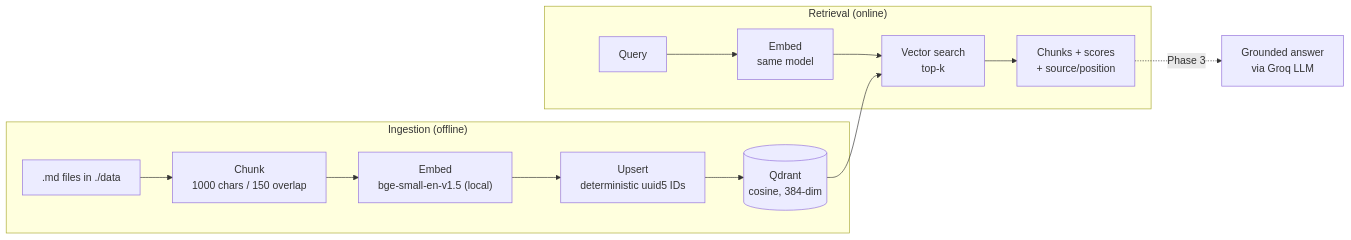
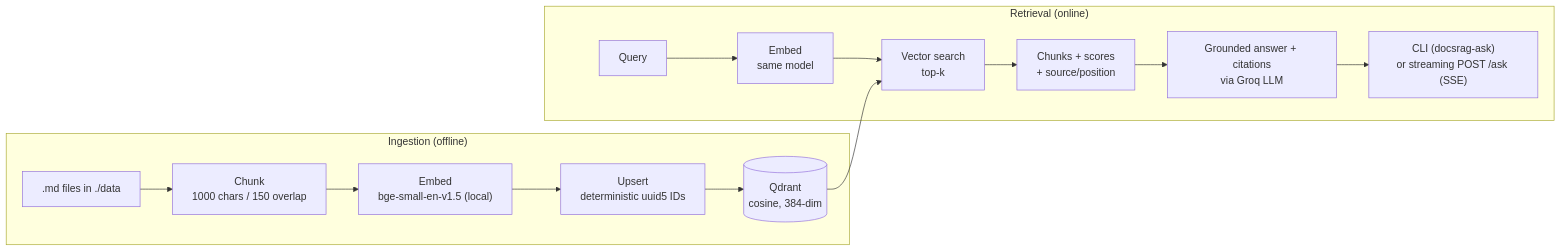
Before and after one commit to Mandark31/DocsRAG: the diagram in README.md, drawn with Mermaid. The commit also changed other lines of this file and 3 other files, not shown here.

Commit message:
Phase 5: 1. Containerize app - Dockerfile + Compose app service alongside Qdrant 2. Update README.md for phase 3-5(streaming, citations, eval, retries, packaging, Docker)

````diff
--- a/README.md
+++ b/README.md
@@ -21,18 +22,18 @@
 ```mermaid
 flowchart LR
     subgraph Ingest["Ingestion (offline)"]
         MD[".md files in ./data"] --> CH["Chunk<br/>1000 chars / 150 overlap"]
         CH --> EMB1["Embed<br/>bge-small-en-v1.5 (local)"]
         EMB1 --> UP["Upsert<br/>deterministic uuid5 IDs"]
         UP --> Q[("Qdrant<br/>cosine, 384-dim")]
     end
 
     subgraph Query["Retrieval (online)"]
         QY["Query"] --> EMB2["Embed<br/>same model"]
         EMB2 --> SR["Vector search<br/>top-k"]
         Q --> SR
         SR --> RES["Chunks + scores<br/>+ source/position"]
+        RES --> GEN["Grounded answer + citations<br/>via Groq LLM"]
+        GEN --> OUT["CLI (docsrag-ask)<br/>or streaming POST /ask (SSE)"]
     end
-
-    RES -.->|Phase 3| GEN["Grounded answer<br/>via Groq LLM"]
 ```
````
